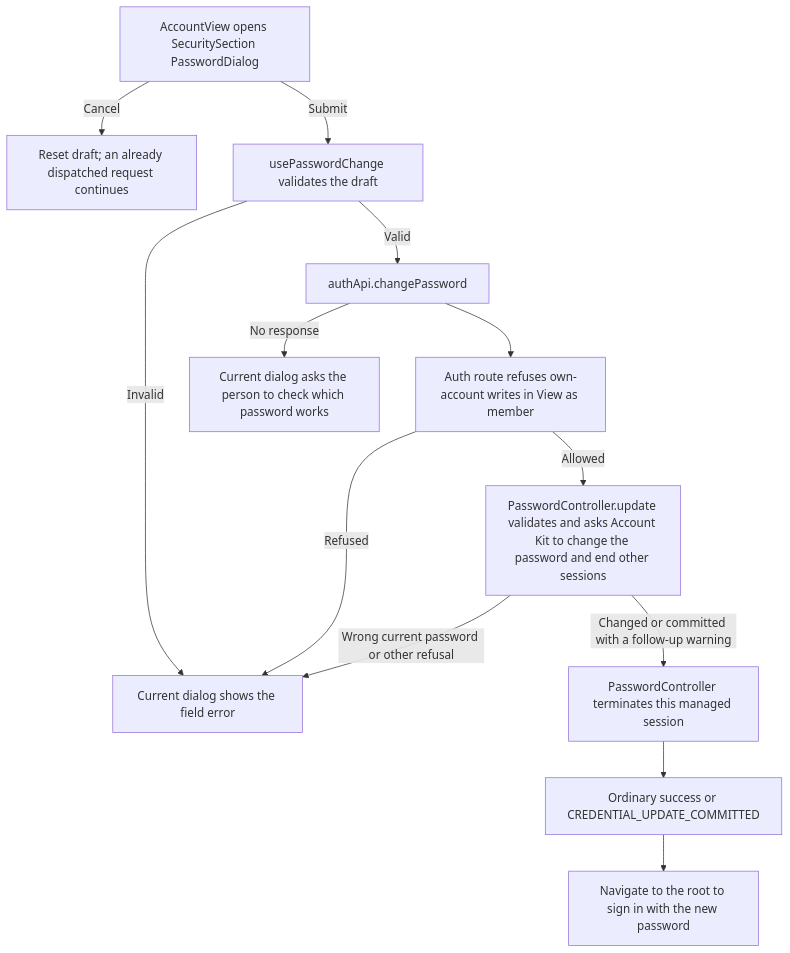
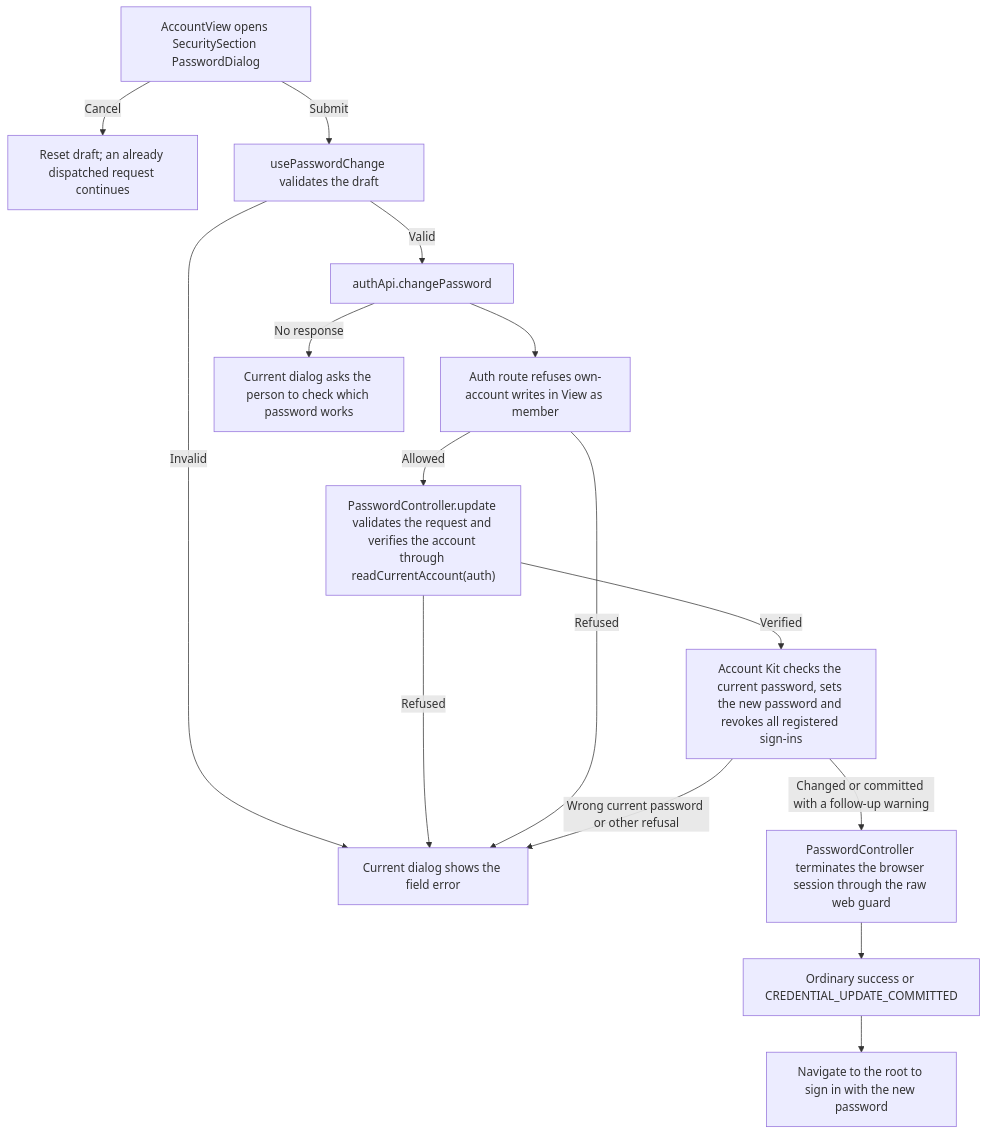
One commit to Kevinjohn/capacitylens changed the second of 2 diagrams in user-stories/account/US-ACCOUNT-02-password-change.md. Above: the diagram before and after it, drawn with Mermaid. The commit also changed other lines of this file and 26 other files, not shown here.

````diff
--- a/user-stories/account/US-ACCOUNT-02-password-change.md
+++ b/user-stories/account/US-ACCOUNT-02-password-change.md
@@ -34,15 +34,17 @@
 ```mermaid
 flowchart TD
   form["AccountView opens SecuritySection PasswordDialog"] -->|Cancel| clear["Reset draft; an already dispatched request continues"]
   form -->|Submit| validate["usePasswordChange validates the draft"]
   validate -->|Invalid| error["Current dialog shows the field error"]
   validate -->|Valid| request["authApi.changePassword"]
   request --> guard["Auth route refuses own-account writes in View as member"]
-  guard -->|Allowed| kit["PasswordController.update validates and asks Account Kit to change the password and end other sessions"]
+  guard -->|Allowed| current["PasswordController.update validates the request and verifies the account through readCurrentAccount(auth)"]
+  current -->|Verified| kit["Account Kit checks the current password, sets the new password and revokes all registered sign-ins"]
+  current -->|Refused| error
   guard -->|Refused| error
   kit -->|Wrong current password or other refusal| error
-  kit -->|Changed or committed with a follow-up warning| terminate["PasswordController terminates this managed session"]
+  kit -->|Changed or committed with a follow-up warning| terminate["PasswordController terminates the browser session through the raw web guard"]
   terminate --> response["Ordinary success or CREDENTIAL_UPDATE_COMMITTED"]
   response --> reload["Navigate to the root to sign in with the new password"]
   request -->|No response| unknown["Current dialog asks the person to check which password works"]
 ```
````
